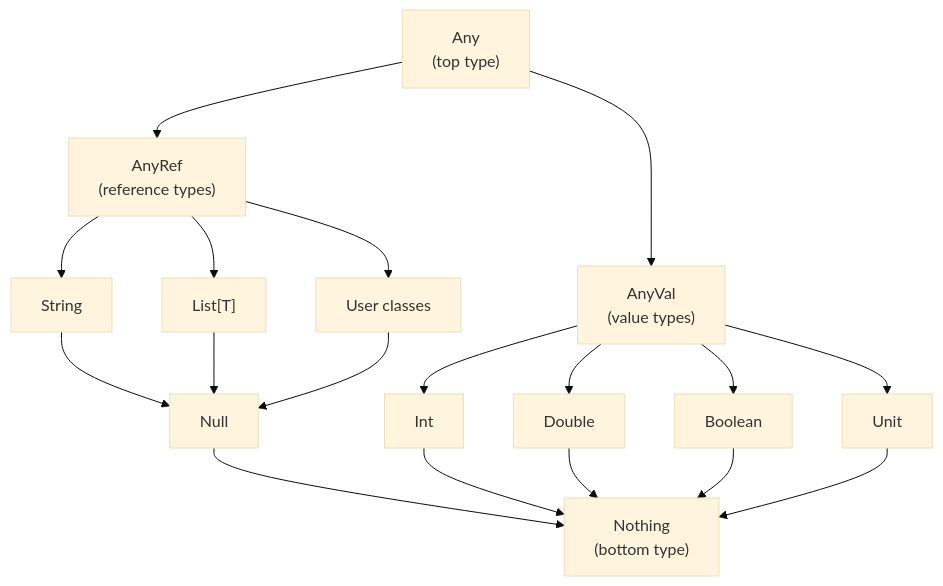
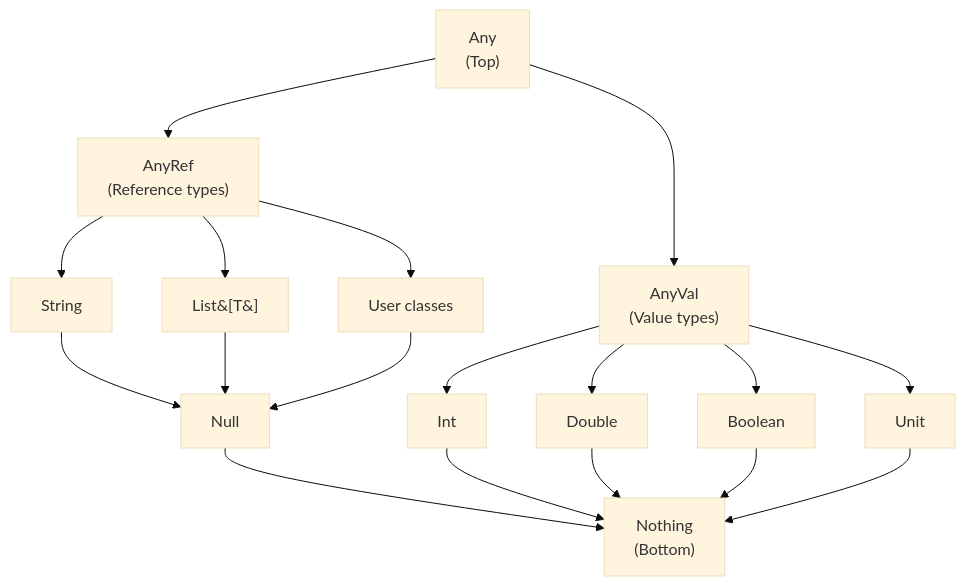
One commit to advanced-beginner/advanced-beginner.github.io changed the diagram in content/en/docs/scala/concepts/basics.md. Above: the diagram before and after it, drawn with Mermaid (base theme). The commit also changed other lines of this file and 30 other files, not shown here.

````diff
--- a/content/en/docs/scala/concepts/basics.md
+++ b/content/en/docs/scala/concepts/basics.md
@@ -81,40 +165,40 @@
 ```mermaid
 graph TB
-    Any["Any<br>(top type)"]
-    AnyVal["AnyVal<br>(value types)"]
-    AnyRef["AnyRef<br>(reference types)"]
+    Any["Any<br>(Top)"]
+    AnyVal["AnyVal<br>(Value types)"]
+    AnyRef["AnyRef<br>(Reference types)"]
 
     Any --> AnyVal
     Any --> AnyRef
 
     Int["Int"]
     Double["Double"]
     Boolean["Boolean"]
     Unit["Unit"]
 
     AnyVal --> Int
     AnyVal --> Double
     AnyVal --> Boolean
     AnyVal --> Unit
 
     String["String"]
-    List["List#91;T#93;"]
+    List["List&#91;T&#93;"]
     UserClass["User classes"]
 
     AnyRef --> String
     AnyRef --> List
     AnyRef --> UserClass
 
     Null["Null"]
-    Nothing["Nothing<br>(bottom type)"]
+    Nothing["Nothing<br>(Bottom)"]
 
     String --> Null
     List --> Null
     UserClass --> Null
 
     Null --> Nothing
     Int --> Nothing
     Double --> Nothing
     Boolean --> Nothing
     Unit --> Nothing
 ```
````
